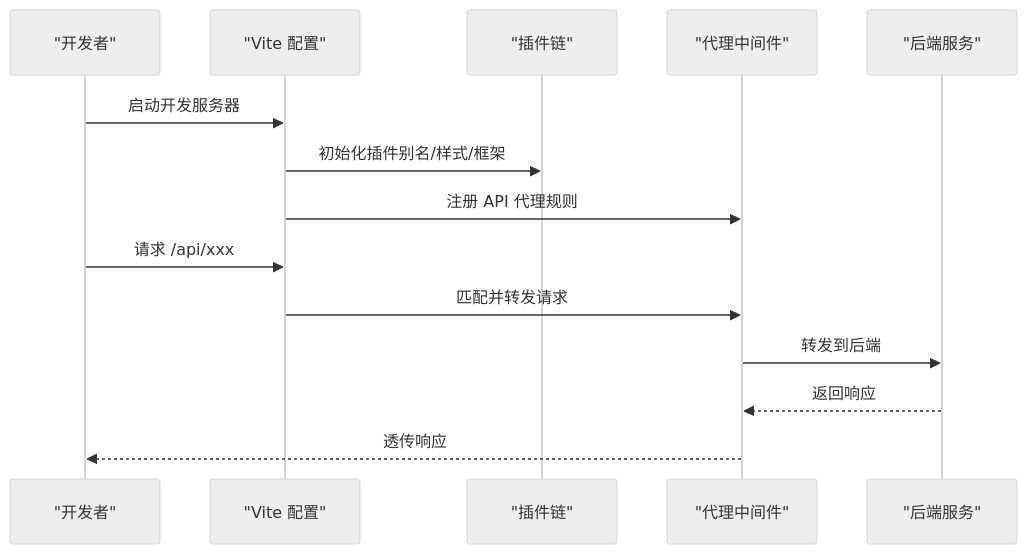
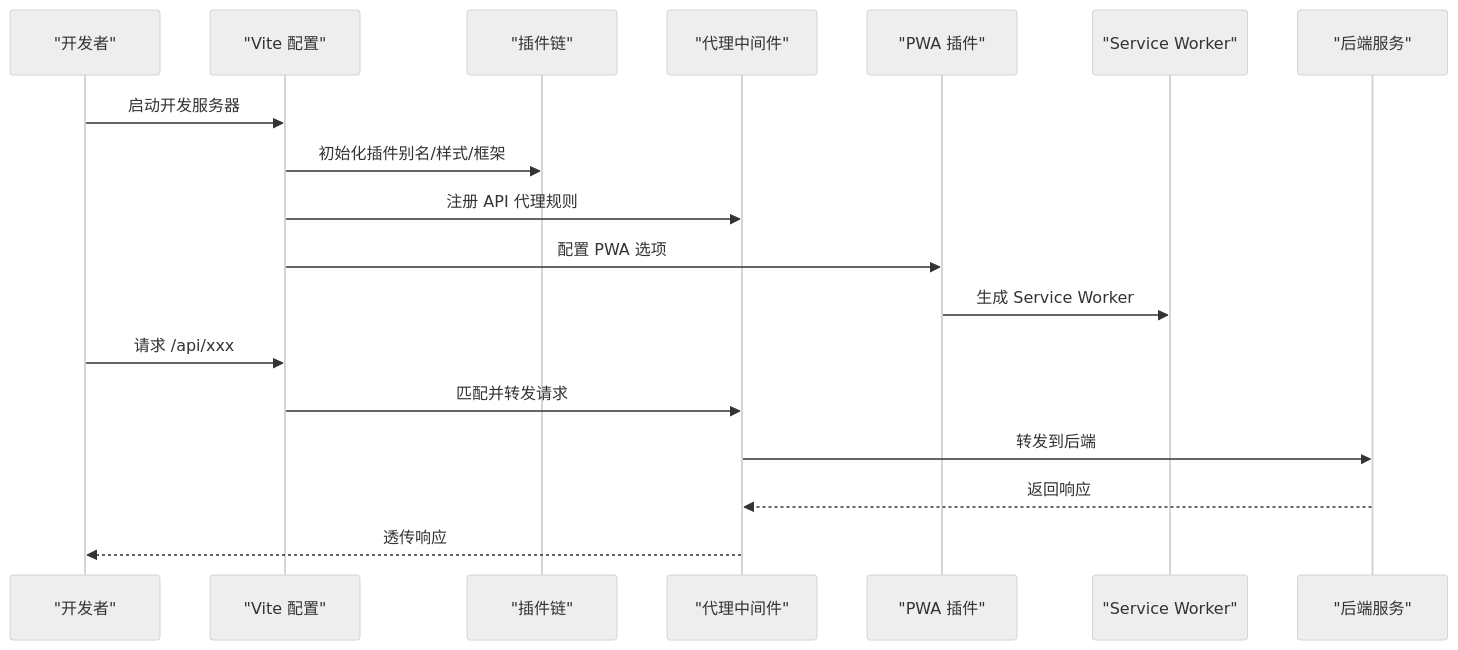
Before and after one commit to xufuyu/Lumen: the third of 7 diagrams in .qoder/repowiki/zh/content/系统架构/前端架构设计/构建配置优化.md, drawn with Mermaid (neutral theme). The commit also changed other lines of this file and 36 other files, not shown here.

````diff
--- a/.qoder/repowiki/zh/content/系统架构/前端架构设计/构建配置优化.md
+++ b/.qoder/repowiki/zh/content/系统架构/前端架构设计/构建配置优化.md
@@ -132,16 +156,20 @@
 ```mermaid
 sequenceDiagram
 participant Dev as "开发者"
 participant Vite as "Vite 配置"
 participant Plugin as "插件链"
 participant Proxy as "代理中间件"
+participant PWA as "PWA 插件"
+participant SW as "Service Worker"
 participant Backend as "后端服务"
 Dev->>Vite : 启动开发服务器
 Vite->>Plugin : 初始化插件别名/样式/框架
 Vite->>Proxy : 注册 API 代理规则
+Vite->>PWA : 配置 PWA 选项
+PWA->>SW : 生成 Service Worker
 Dev->>Vite : 请求 /api/xxx
 Vite->>Proxy : 匹配并转发请求
 Proxy->>Backend : 转发到后端
 Backend-->>Proxy : 返回响应
 Proxy-->>Dev : 透传响应
 ```
````
